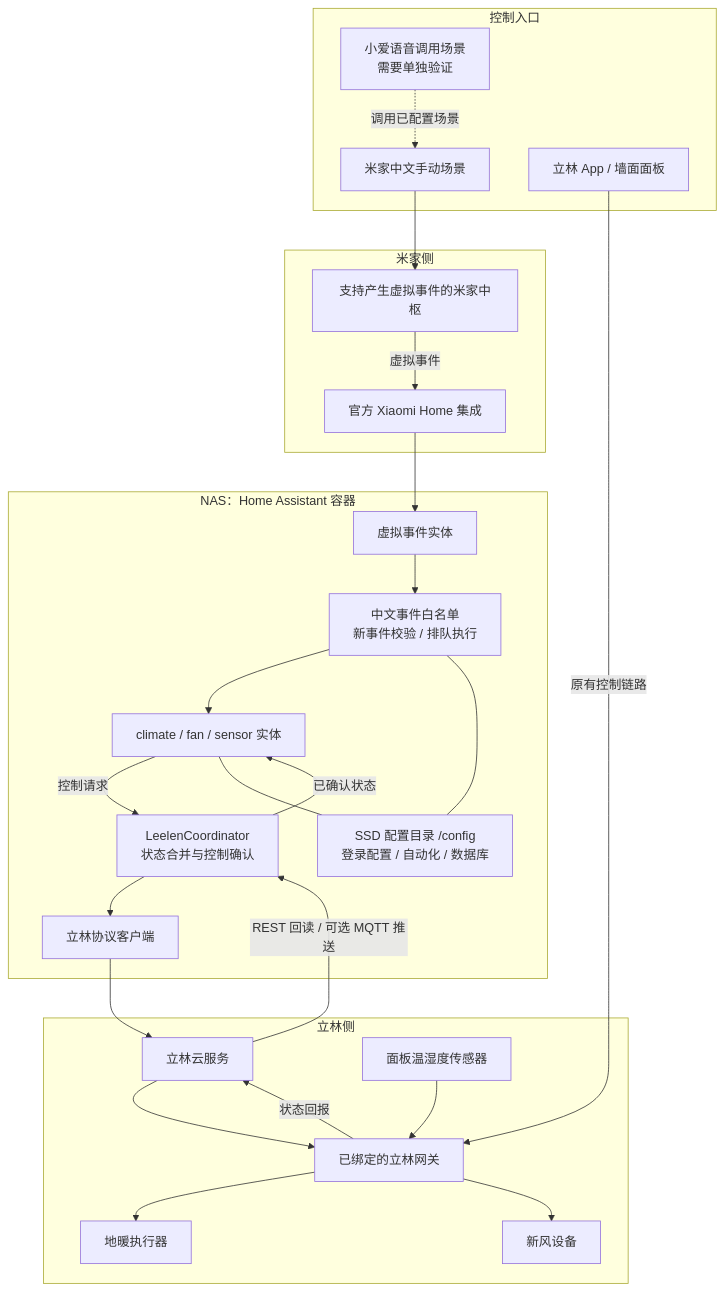
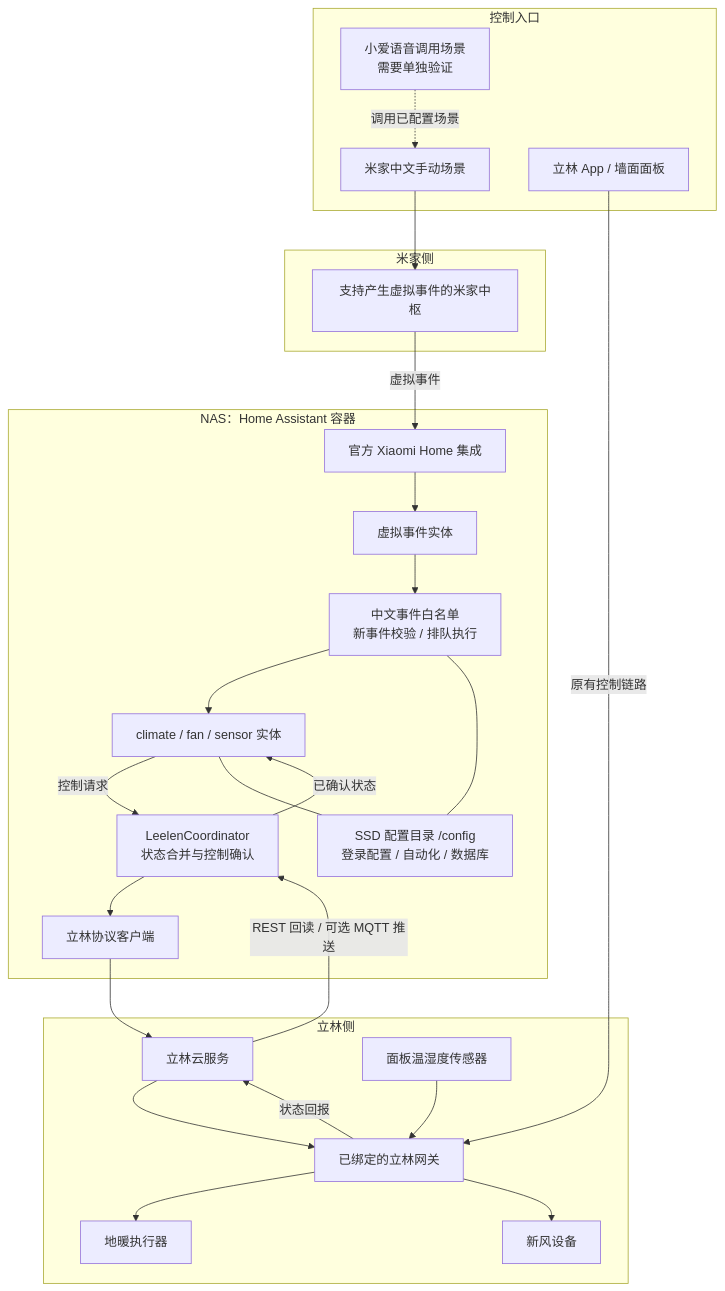
One commit to SeniorZhai/leelen_home3 changed the first of 2 diagrams in README.md. Above: the diagram before and after it, drawn with Mermaid. The commit also changed other lines of this file, not shown here.

Commit message:
docs: clarify xiaomi integration deployment boundary

````diff
--- a/README.md
+++ b/README.md
@@ -20,41 +20,41 @@
 ```mermaid
 flowchart TB
     subgraph entry[控制入口]
         App[米家中文手动场景]
         Voice[小爱语音调用场景<br/>需要单独验证]
         Panel[立林 App / 墙面面板]
     end
     subgraph bridge[米家侧]
         Hub[支持产生虚拟事件的米家中枢]
-        Xiaomi[官方 Xiaomi Home 集成]
     end
     subgraph nas[NAS：Home Assistant 容器]
+        Xiaomi[官方 Xiaomi Home 集成]
         Event[虚拟事件实体]
         Automation[中文事件白名单<br/>新事件校验 / 排队执行]
         Entity[climate / fan / sensor 实体]
         Coordinator[LeelenCoordinator<br/>状态合并与控制确认]
         API[立林协议客户端]
         Storage[SSD 配置目录 /config<br/>登录配置 / 自动化 / 数据库]
     end
     subgraph devices[立林侧]
         Cloud[立林云服务]
         Gateway[已绑定的立林网关]
         Heating[地暖执行器]
         Fan[新风设备]
         Sensor[面板温湿度传感器]
     end
     App --> Hub
     Voice -. 调用已配置场景 .-> App
     Hub -->|虚拟事件| Xiaomi
     Xiaomi --> Event --> Automation --> Entity
     Entity -->|控制请求| Coordinator --> API --> Cloud --> Gateway
     Panel -->|原有控制链路| Gateway
     Gateway --> Heating
     Gateway --> Fan
     Sensor --> Gateway
     Gateway -->|状态回报| Cloud
     Cloud -->|REST 回读 / 可选 MQTT 推送| Coordinator
     Coordinator -->|已确认状态| Entity
     Automation --- Storage
     Entity --- Storage
 ```
````
